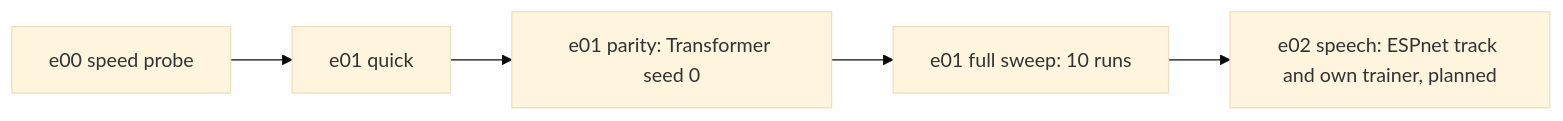
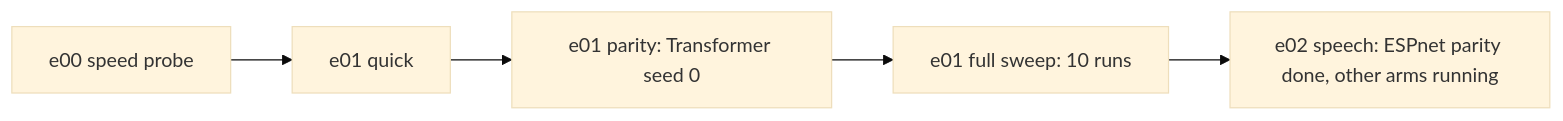
One commit to vakharwalad23/grassmann-speech changed the diagram in docs/experiments.md. Above: the diagram before and after it, drawn with Mermaid (base theme). The commit also changed other lines of this file and 1 other file, not shown here.

Commit message:
docs(e02): attention parity and grassmann partial run

````diff
--- a/docs/experiments.md
+++ b/docs/experiments.md
@@ -5,7 +5,7 @@
 ```mermaid
 flowchart LR
     E0["e00 speed probe"] --> Q["e01 quick"]
     Q --> P["e01 parity: Transformer seed 0"]
     P --> F["e01 full sweep: 10 runs"]
-    F --> G["e02 speech: ESPnet track and own trainer, planned"]
+    F --> G["e02 speech: ESPnet parity done, other arms running"]
 ```
````
